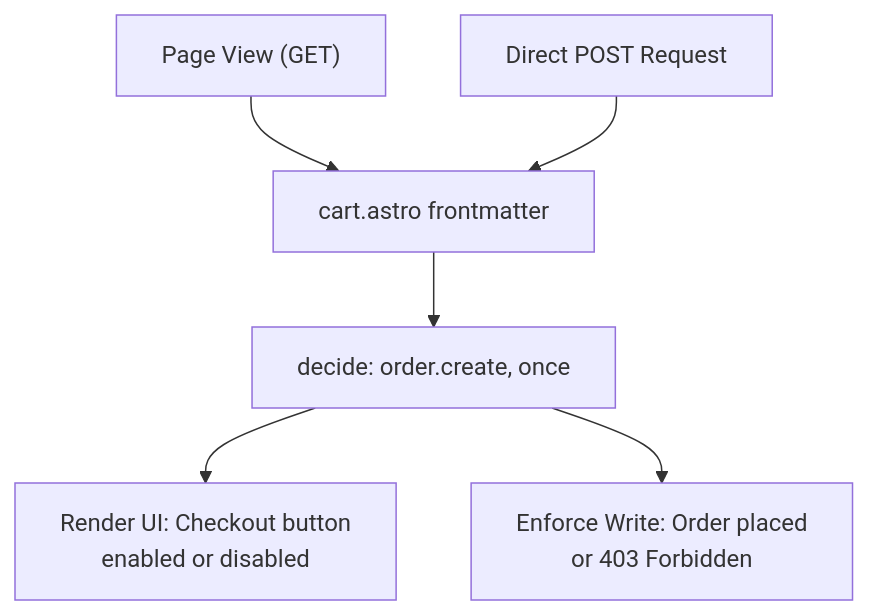
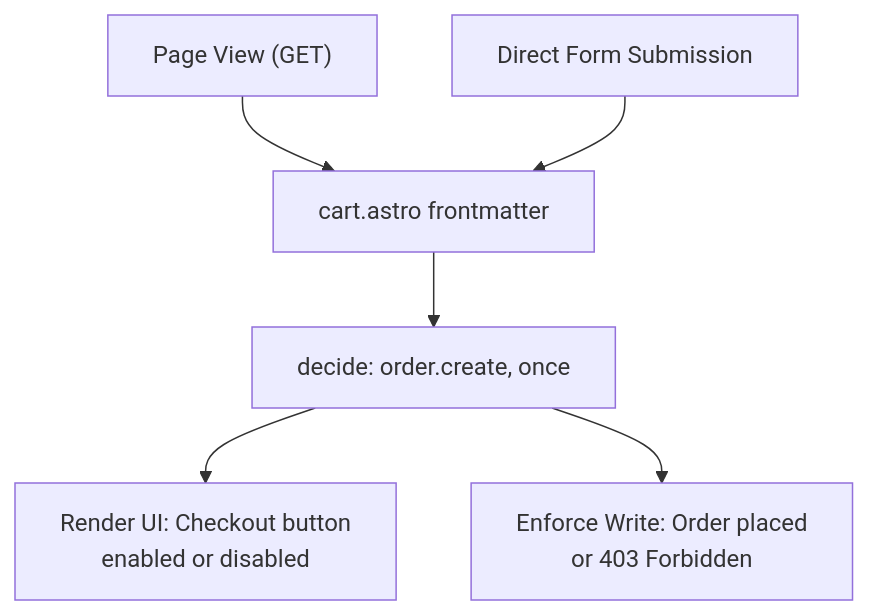
One commit to Evanion/libraries changed the diagram in apps/docs/content/next/acl/astro.mdx. Above: the diagram before and after it, drawn with Mermaid. The commit also changed 1 other file, not shown here.

Commit message:
docs(acl): label the write requests in the flow diagrams without the http verb

````diff
--- a/apps/docs/content/next/acl/astro.mdx
+++ b/apps/docs/content/next/acl/astro.mdx
@@ -42,8 +42,8 @@
 ```mermaid caption="The unified authorization flow in Astro. Both the page view and a direct POST enter the same frontmatter, which resolves the permission once. This single verdict is then used to both render the UI and enforce the write path."
 flowchart TD
   V["Page View (GET)"] --> F["cart.astro frontmatter"]
-  C["Direct POST Request"] --> F
+  C["Direct Form Submission"] --> F
   F --> D["decide: order.create, once"]:::accent
   D --> R["Render UI: Checkout button<br>enabled or disabled"]
   D --> W["Enforce Write: Order placed<br>or 403 Forbidden"]
 ```
````
